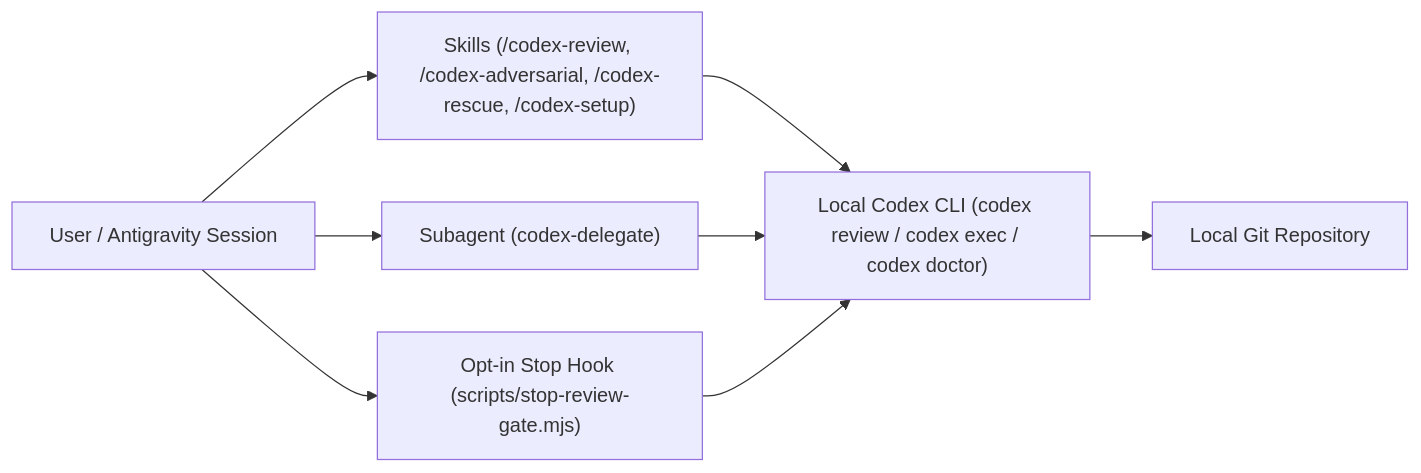
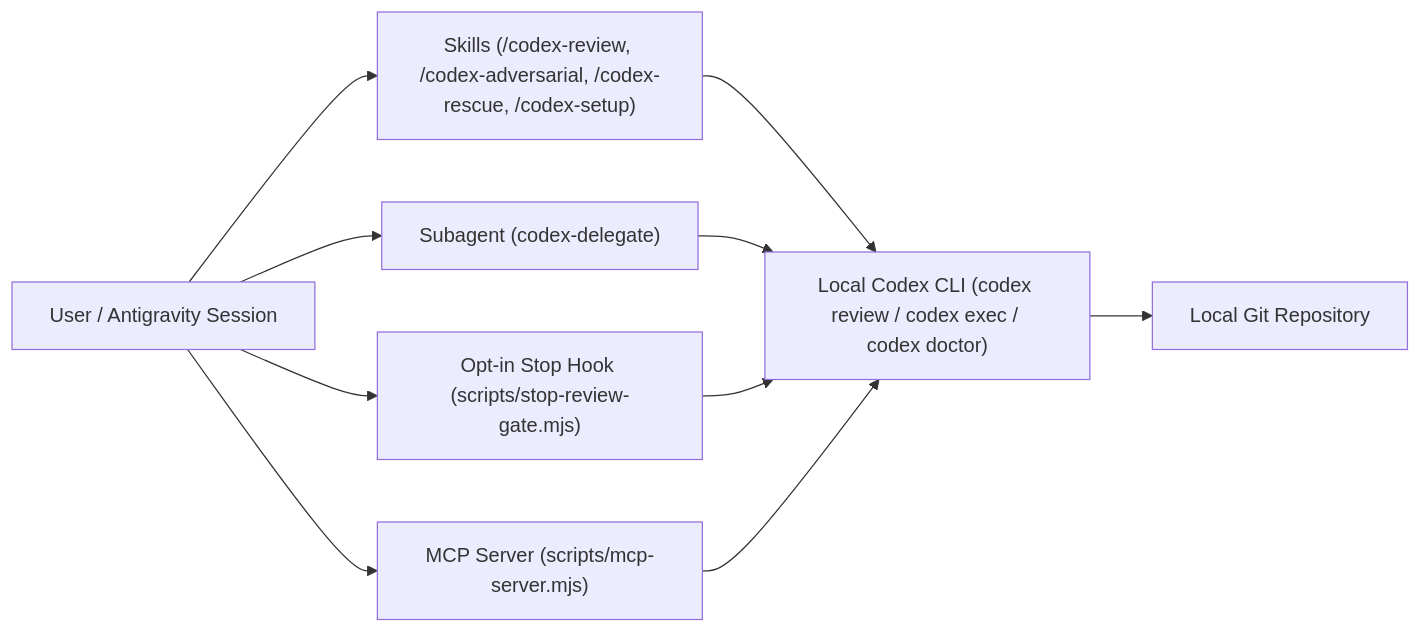
Before and after one commit to whanyu1212/agy-codex-plugin: the diagram in README.md, drawn with Mermaid. The commit also changed other lines of this file and 4 other files, not shown here.

Commit message:
feat: add zero-dependency stdio MCP server for Codex CLI

````diff
--- a/README.md
+++ b/README.md
@@ -14,10 +15,12 @@
 ```mermaid
 flowchart LR
     U["User / Antigravity Session"] --> S["Skills (/codex-review, /codex-adversarial, /codex-rescue, /codex-setup)"]
     U --> A["Subagent (codex-delegate)"]
     U --> H["Opt-in Stop Hook (scripts/stop-review-gate.mjs)"]
+    U --> M["MCP Server (scripts/mcp-server.mjs)"]
     S --> C["Local Codex CLI (codex review / codex exec / codex doctor)"]
     A --> C
     H --> C
+    M --> C
     C --> R["Local Git Repository"]
 ```
````
